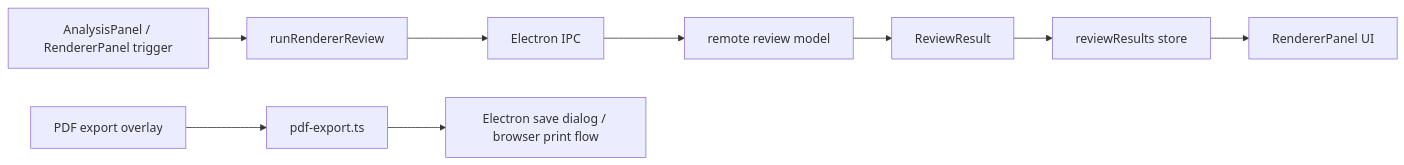
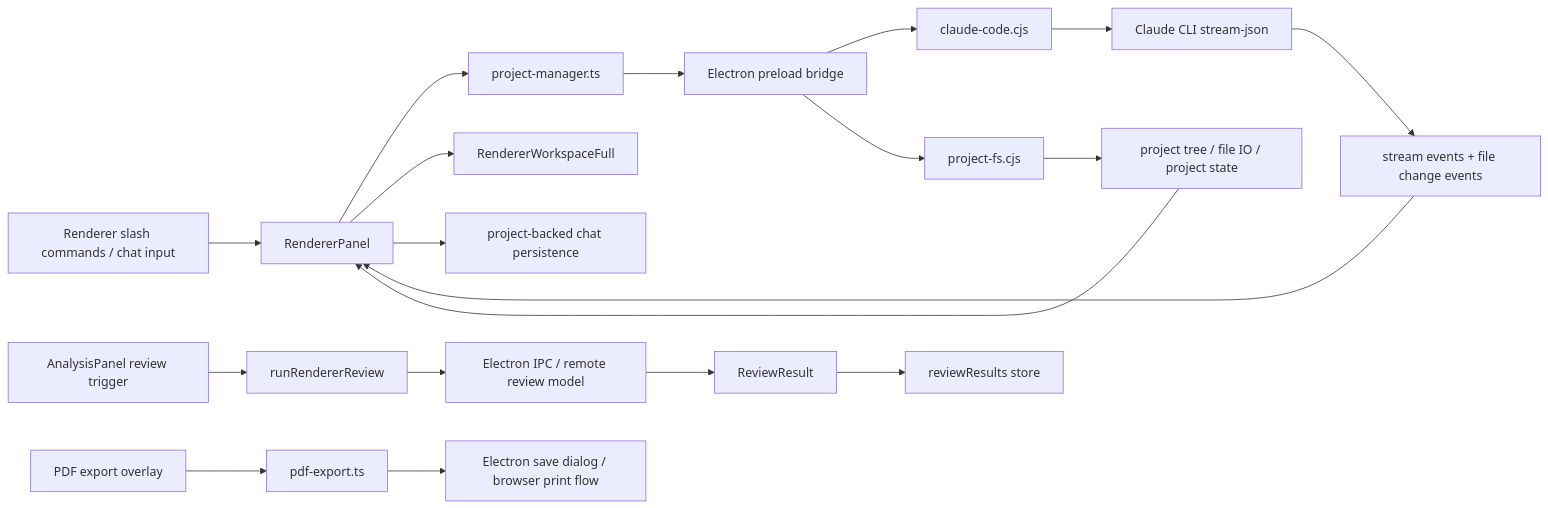
One commit to Piyakorn2112/LATENT-WRITE changed the eighth of 9 diagrams in README.md. Above: the diagram before and after it, drawn with Mermaid. The commit also changed other lines of this file and 24 other files, not shown here.

````diff
--- a/README.md
+++ b/README.md
@@ -375,12 +385,23 @@
 ```mermaid
 flowchart LR
-    A[AnalysisPanel / RendererPanel trigger] --> B[runRendererReview]
-    B --> C[Electron IPC]
-    C --> D[remote review model]
-    D --> E[ReviewResult]
-    E --> F[reviewResults store]
-    F --> G[RendererPanel UI]
+    A[Renderer slash commands / chat input] --> B[RendererPanel]
+    B --> C[project-manager.ts]
+    C --> D[Electron preload bridge]
+    D --> E[claude-code.cjs]
+    D --> F[project-fs.cjs]
+    E --> G[Claude CLI stream-json]
+    F --> H[project tree / file IO / project state]
+    G --> I[stream events + file change events]
+    H --> B
+    I --> B
+    B --> J[RendererWorkspaceFull]
+    B --> K[project-backed chat persistence]
 
-    H[PDF export overlay] --> I[pdf-export.ts]
-    I --> J[Electron save dialog / browser print flow]
+    L[AnalysisPanel review trigger] --> M[runRendererReview]
+    M --> N[Electron IPC / remote review model]
+    N --> O[ReviewResult]
+    O --> P[reviewResults store]
+
+    Q[PDF export overlay] --> R[pdf-export.ts]
+    R --> S[Electron save dialog / browser print flow]
 ```
````
